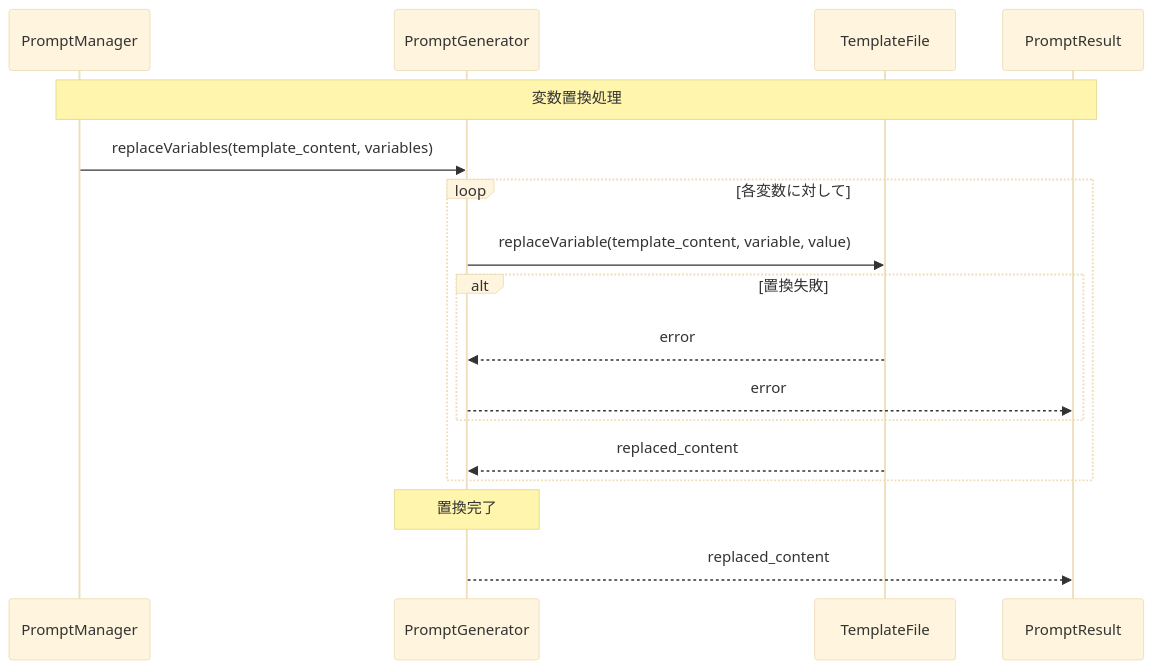
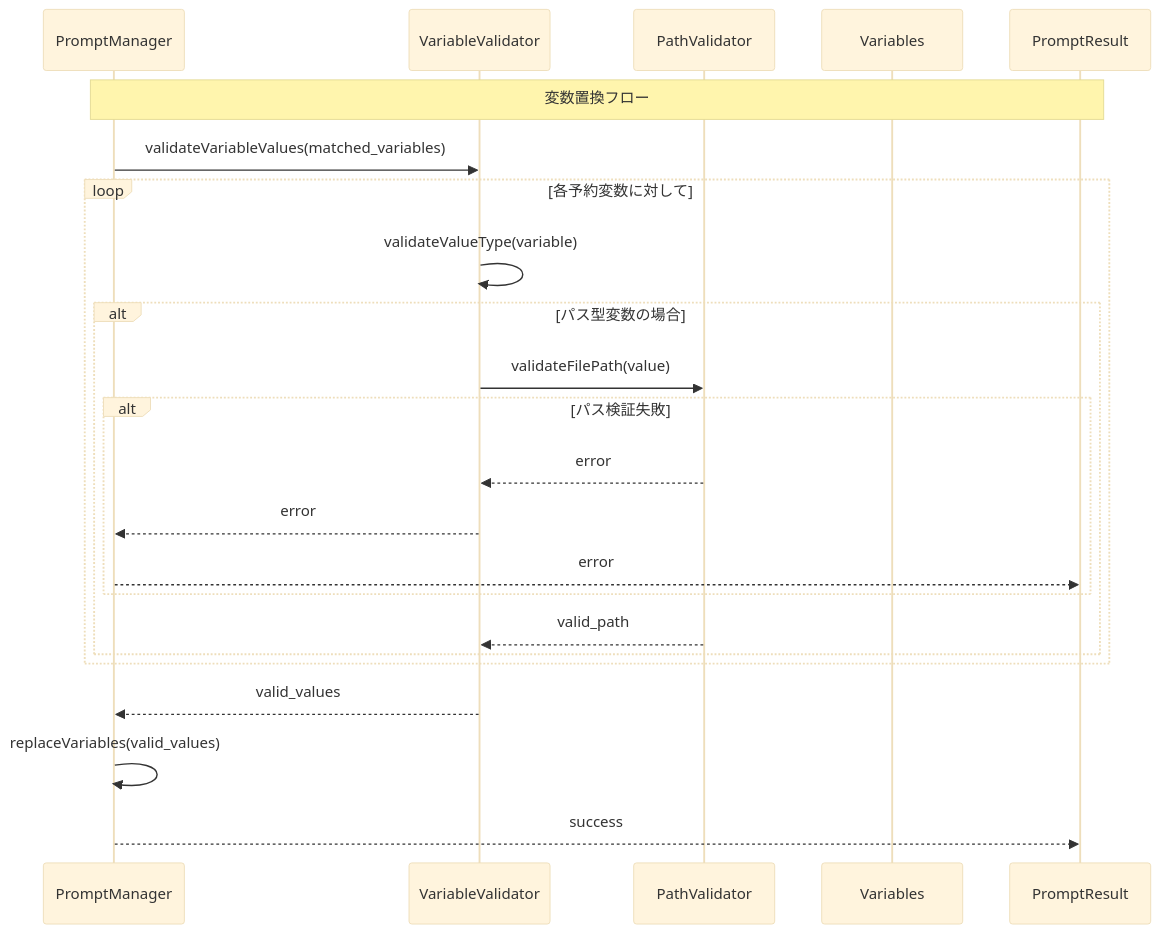
One commit to tettuan/breakdownprompt changed the diagram in docs/uml/sequence_variable_replacement.md. Above: the diagram before and after it, drawn with Mermaid (base theme). The commit also changed other lines of this file and 11 other files, not shown here.

Commit message:
docs: update UML diagrams to reflect unified variable concepts and validation responsibilities

````diff
--- a/docs/uml/sequence_variable_replacement.md
+++ b/docs/uml/sequence_variable_replacement.md
@@ -5,22 +5,27 @@
 ```mermaid
 sequenceDiagram
     participant PromptManager
-    participant PromptGenerator
-    participant TemplateFile
+    participant VariableValidator
+    participant PathValidator
+    participant Variables
     participant PromptResult
 
-    Note over PromptManager,PromptResult: 変数置換処理
-    PromptManager->>PromptGenerator: replaceVariables(template_content, variables)
+    Note over PromptManager,PromptResult: 変数置換フロー
+    PromptManager->>VariableValidator: validateVariableValues(matched_variables)
+    loop 各予約変数に対して
+        VariableValidator->>VariableValidator: validateValueType(variable)
+        alt パス型変数の場合
+            VariableValidator->>PathValidator: validateFilePath(value)
+            alt パス検証失敗
+                PathValidator-->>VariableValidator: error
+                VariableValidator-->>PromptManager: error
+                PromptManager-->>PromptResult: error
+            end
+            PathValidator-->>VariableValidator: valid_path
+        end
+    end
+    VariableValidator-->>PromptManager: valid_values
 
-    loop 各変数に対して
-        PromptGenerator->>TemplateFile: replaceVariable(template_content, variable, value)
-        alt 置換失敗
-            TemplateFile-->>PromptGenerator: error
-            PromptGenerator-->>PromptResult: error
-        end
-        TemplateFile-->>PromptGenerator: replaced_content
-    end
-
-    Note over PromptGenerator: 置換完了
-    PromptGenerator-->>PromptResult: replaced_content
+    PromptManager->>PromptManager: replaceVariables(valid_values)
+    PromptManager-->>PromptResult: success
 ``` 
````
